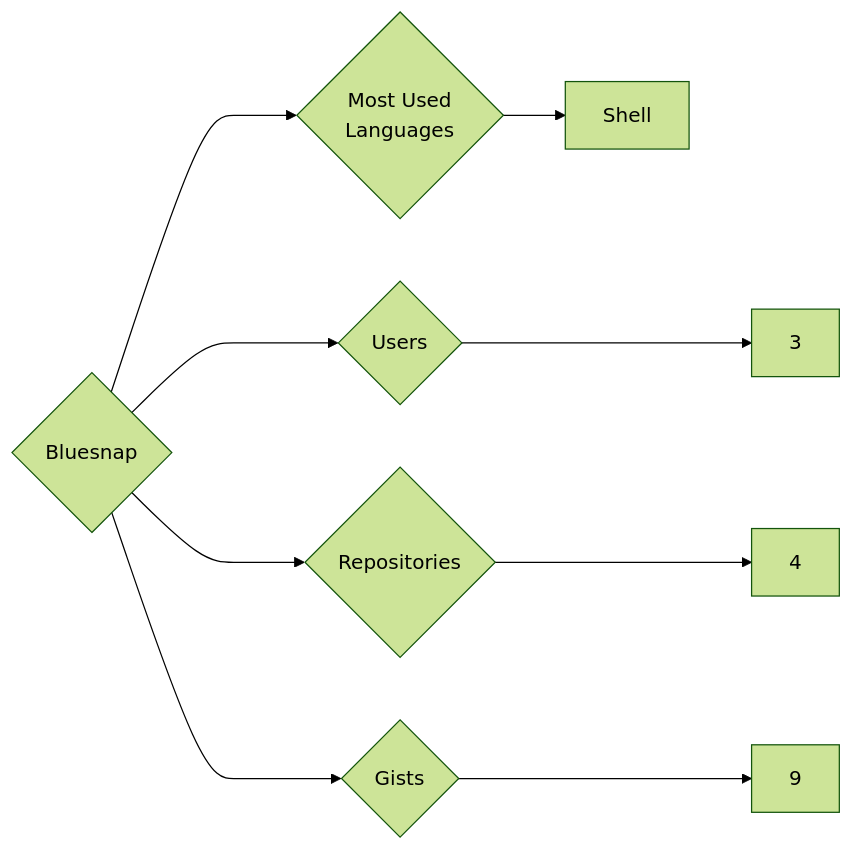
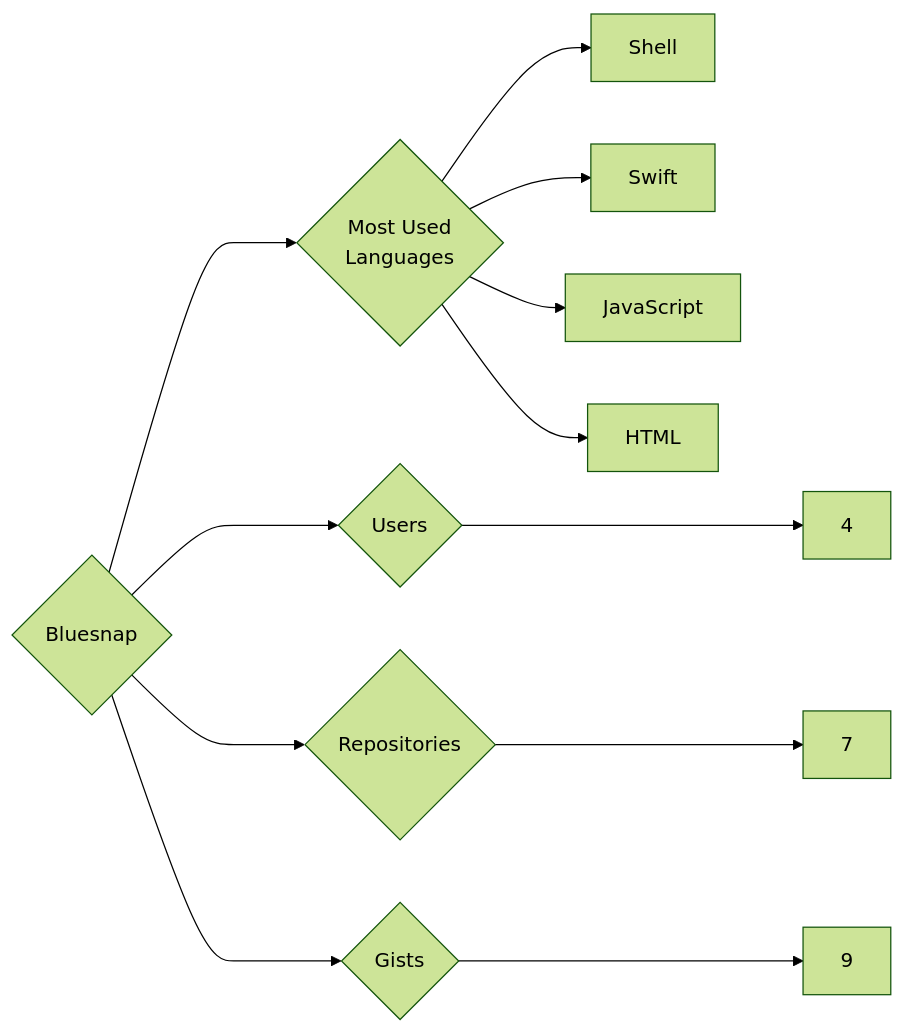
One commit to trickest/insiders changed the diagram in targets/Bluesnap/README.md. Above: the diagram before and after it, drawn with Mermaid (forest theme). The commit also changed 865 other files, not shown here.

````diff
--- a/targets/Bluesnap/README.md
+++ b/targets/Bluesnap/README.md
@@ -3,9 +3,12 @@
 ```mermaid
 graph LR
 COMPANY_NAME{Bluesnap}
-COMPANY_NAME ---> U{Users} ---> UN[3]
-COMPANY_NAME ---> R{Repositories} ---> RN[4]
+COMPANY_NAME ---> U{Users} ---> UN[4]
+COMPANY_NAME ---> R{Repositories} ---> RN[7]
 COMPANY_NAME ---> G{Gists} ---> GN[9]
 COMPANY_NAME ---> ML{Most Used<br>Languages}
 ML --> Shell[Shell]
+ML --> Swift[Swift]
+ML --> JavaScript[JavaScript]
+ML --> HTML[HTML]
 ```
````
